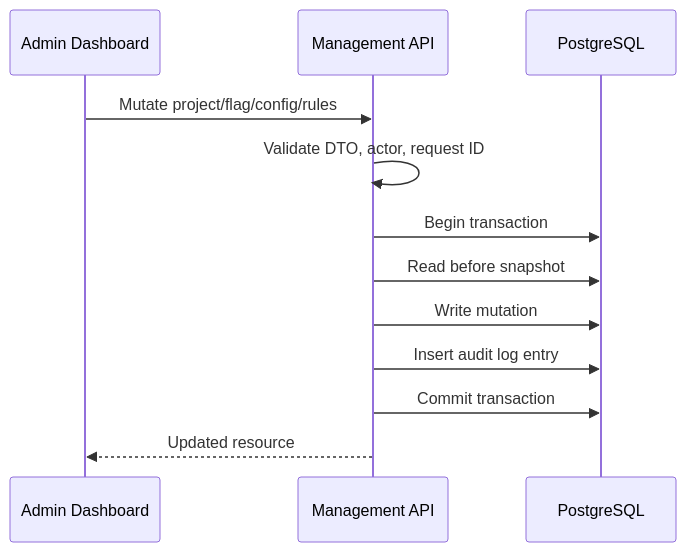
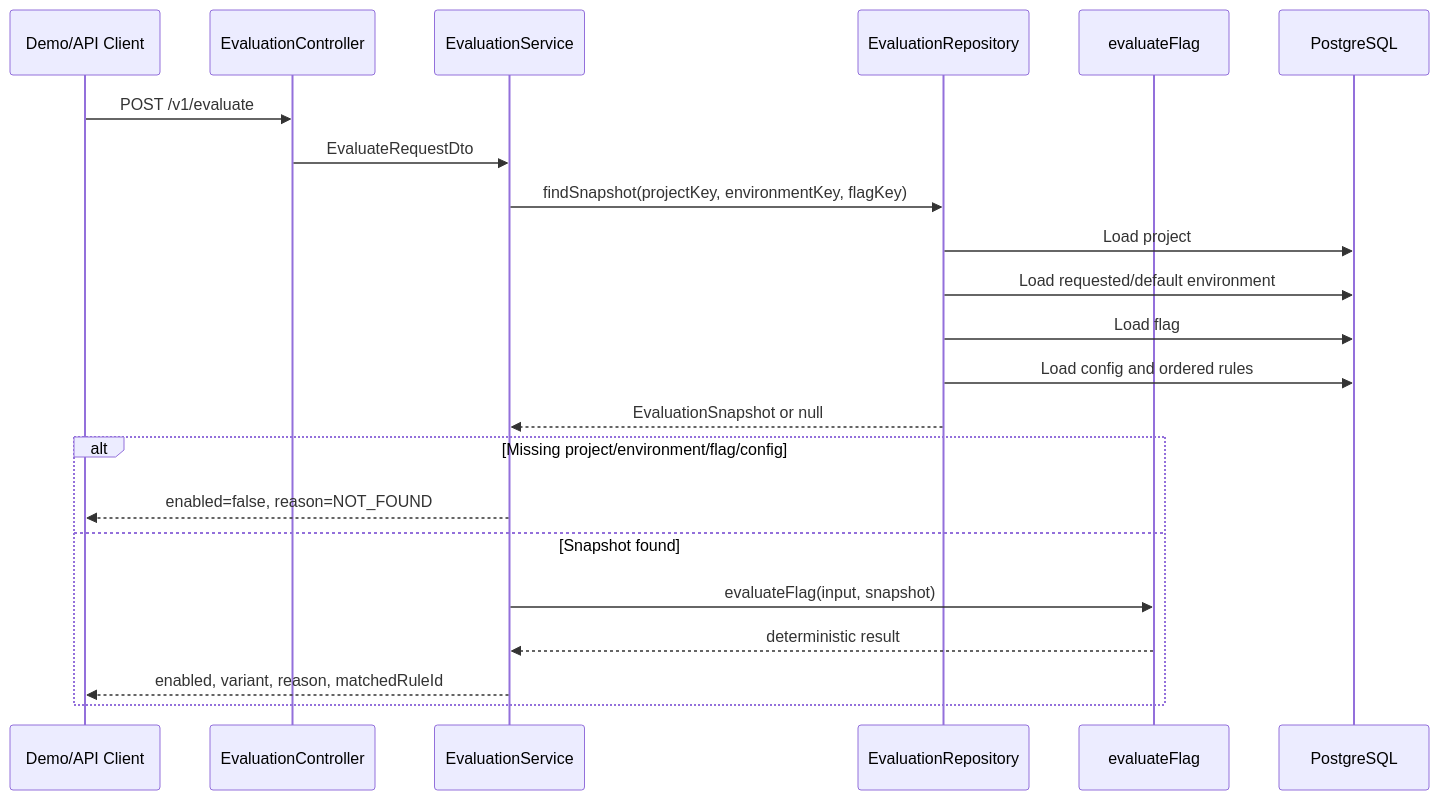
One commit to fabyanbui/feature-flag-platform changed the fourth of 5 diagrams in docs/learning/codebase-map.md. Above: the diagram before and after it, drawn with Mermaid. The commit also changed other lines of this file and 1 other file, not shown here.

Commit message:
docs: update codebase map to reflect project state and add domain logic overview

````diff
--- a/docs/learning/codebase-map.md
+++ b/docs/learning/codebase-map.md
@@ -882,15 +687,25 @@
 ```mermaid
 sequenceDiagram
-  participant Admin as Admin Dashboard
-  participant API as Management API
+  participant Client as Demo/API Client
+  participant Controller as EvaluationController
+  participant Service as EvaluationService
+  participant Repo as EvaluationRepository
+  participant Engine as evaluateFlag
   participant DB as PostgreSQL
 
-  Admin->>API: Mutate project/flag/config/rules
-  API->>API: Validate DTO, actor, request ID
-  API->>DB: Begin transaction
-  API->>DB: Read before snapshot
-  API->>DB: Write mutation
-  API->>DB: Insert audit log entry
-  API->>DB: Commit transaction
-  API-->>Admin: Updated resource
+  Client->>Controller: POST /v1/evaluate
+  Controller->>Service: EvaluateRequestDto
+  Service->>Repo: findSnapshot(projectKey, environmentKey, flagKey)
+  Repo->>DB: Load project
+  Repo->>DB: Load requested/default environment
+  Repo->>DB: Load flag
+  Repo->>DB: Load config and ordered rules
+  Repo-->>Service: EvaluationSnapshot or null
+  alt Missing project/environment/flag/config
+    Service-->>Client: enabled=false, reason=NOT_FOUND
+  else Snapshot found
+    Service->>Engine: evaluateFlag(input, snapshot)
+    Engine-->>Service: deterministic result
+    Service-->>Client: enabled, variant, reason, matchedRuleId
+  end
 ```
````
